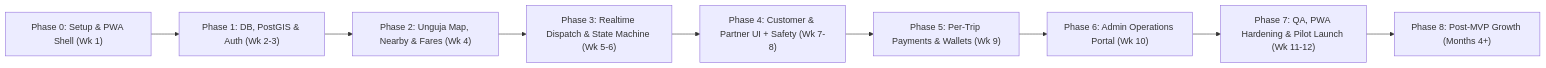
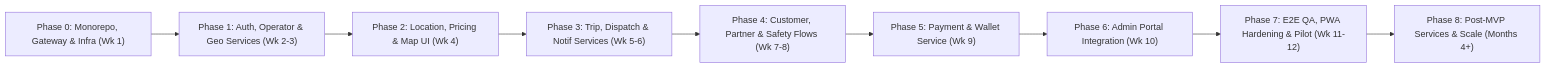
Before and after one commit to infaan-hub/go.boda: the diagram in implementation.md, drawn with Mermaid. The commit also changed other lines of this file and 3 other files, not shown here.

Commit message:
docs: migrate Go.boda specs to 10-service microservice architecture

````diff
--- a/implementation.md
+++ b/implementation.md
@@ -51,11 +52,11 @@
 ```mermaid
 flowchart LR
-    P0["Phase 0: Setup & PWA Shell (Wk 1)"] --> P1["Phase 1: DB, PostGIS & Auth (Wk 2-3)"]
-    P1 --> P2["Phase 2: Unguja Map, Nearby & Fares (Wk 4)"]
-    P2 --> P3["Phase 3: Realtime Dispatch & State Machine (Wk 5-6)"]
-    P3 --> P4["Phase 4: Customer & Partner UI + Safety (Wk 7-8)"]
-    P4 --> P5["Phase 5: Per-Trip Payments & Wallets (Wk 9)"]
-    P5 --> P6["Phase 6: Admin Operations Portal (Wk 10)"]
-    P6 --> P7["Phase 7: QA, PWA Hardening & Pilot Launch (Wk 11-12)"]
-    P7 --> P8["Phase 8: Post-MVP Growth (Months 4+)"]
+    P0["Phase 0: Monorepo, Gateway & Infra (Wk 1)"] --> P1["Phase 1: Auth, Operator & Geo Services (Wk 2-3)"]
+    P1 --> P2["Phase 2: Location, Pricing & Map UI (Wk 4)"]
+    P2 --> P3["Phase 3: Trip, Dispatch & Notif Services (Wk 5-6)"]
+    P3 --> P4["Phase 4: Customer, Partner & Safety Flows (Wk 7-8)"]
+    P4 --> P5["Phase 5: Payment & Wallet Service (Wk 9)"]
+    P5 --> P6["Phase 6: Admin Portal Integration (Wk 10)"]
+    P6 --> P7["Phase 7: E2E QA, PWA Hardening & Pilot (Wk 11-12)"]
+    P7 --> P8["Phase 8: Post-MVP Services & Scale (Months 4+)"]
 ```
````
